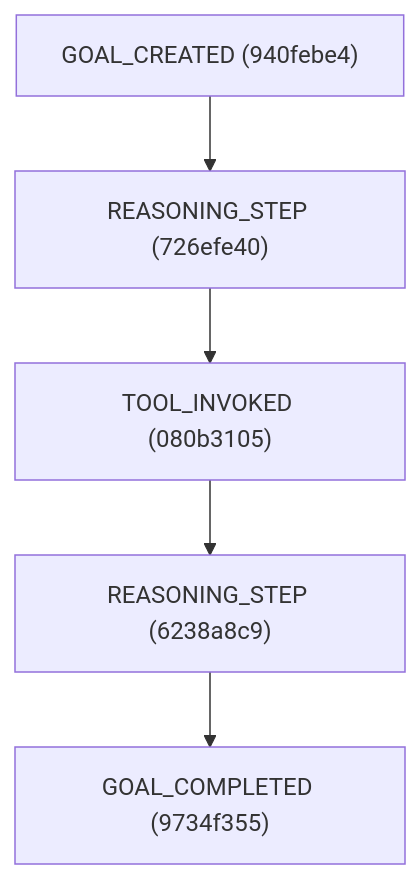
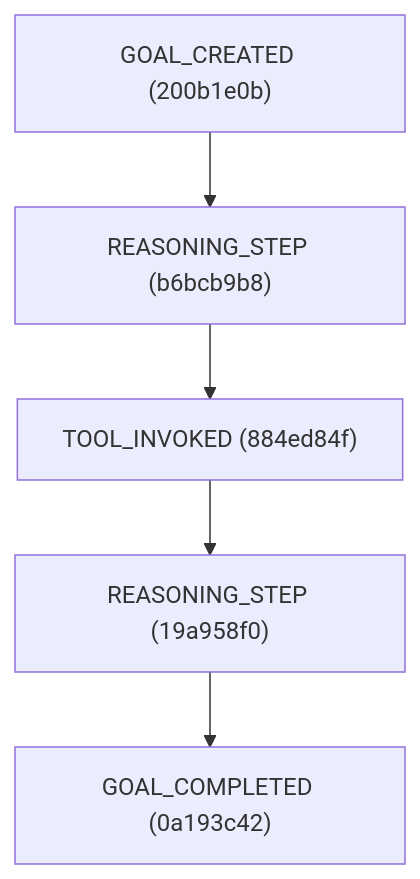
Before and after one commit to miltzhaw/langraph_playground: the second of 4 diagrams in research_paper_analysis_visualization.md, drawn with Mermaid. The commit also changed other lines of this file and 4 other files, not shown here.

````diff
--- a/research_paper_analysis_visualization.md
+++ b/research_paper_analysis_visualization.md
@@ -19,12 +19,12 @@
 ```mermaid
 graph TD
-    940febe4["GOAL_CREATED (940febe4)"]
-    726efe40["REASONING_STEP (726efe40)"]
-    080b3105["TOOL_INVOKED (080b3105)"]
-    6238a8c9["REASONING_STEP (6238a8c9)"]
-    9734f355["GOAL_COMPLETED (9734f355)"]
-    080b3105 --> 6238a8c9
-    6238a8c9 --> 9734f355
-    726efe40 --> 080b3105
-    940febe4 --> 726efe40
+    200b1e0b["GOAL_CREATED (200b1e0b)"]
+    b6bcb9b8["REASONING_STEP (b6bcb9b8)"]
+    884ed84f["TOOL_INVOKED (884ed84f)"]
+    19a958f0["REASONING_STEP (19a958f0)"]
+    0a193c42["GOAL_COMPLETED (0a193c42)"]
+    200b1e0b --> b6bcb9b8
+    b6bcb9b8 --> 884ed84f
+    884ed84f --> 19a958f0
+    19a958f0 --> 0a193c42
 ```
````
